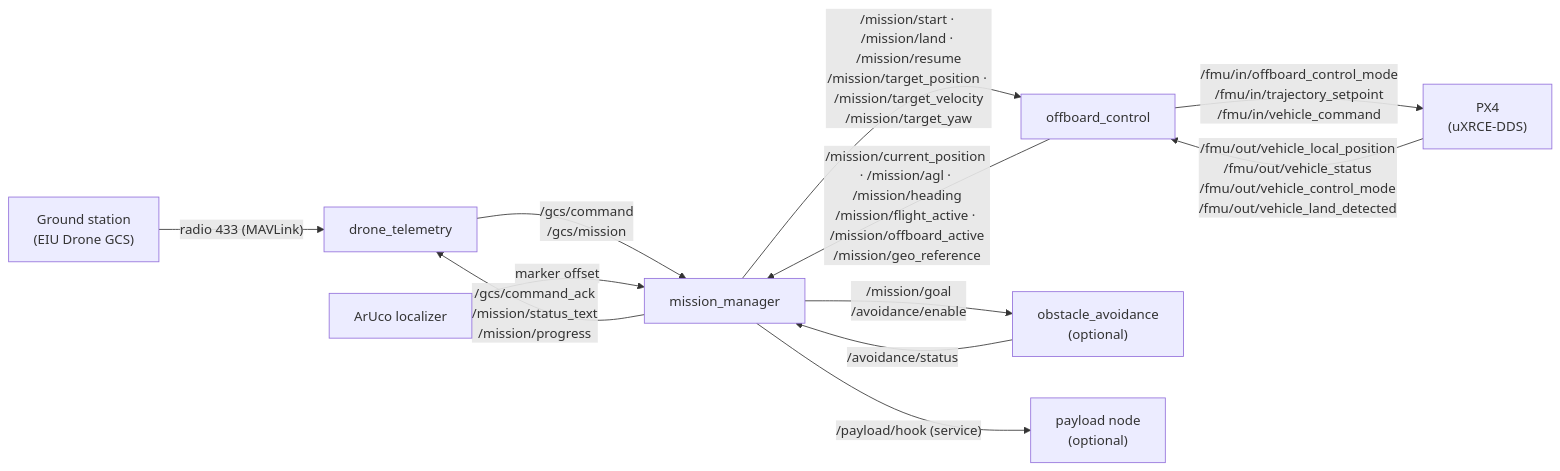
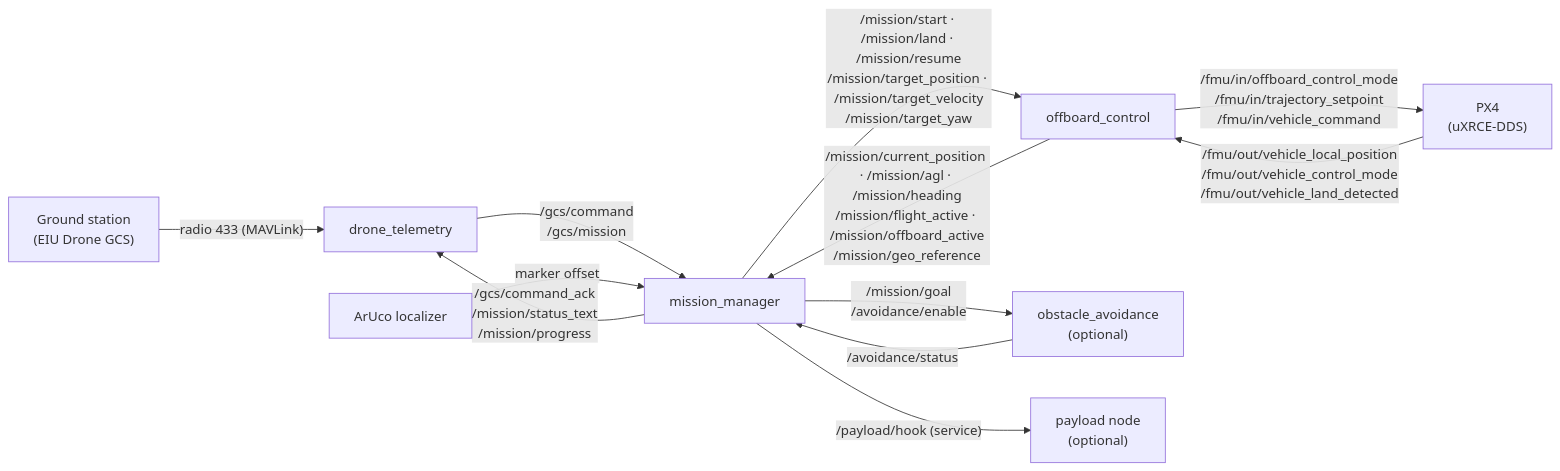
One commit to NhatTran-97/EIU-FABLAB-UAV-AUTONOMY changed the first of 3 diagrams in offboard_control/docs/ARCHITECTURE.md. Above: the diagram before and after it, drawn with Mermaid. The commit also changed other lines of this file and 7 other files, not shown here.

Commit message:
offboard_control: arm state from vehicle_control_mode, fewer setpoints, node tests

````diff
--- a/offboard_control/docs/ARCHITECTURE.md
+++ b/offboard_control/docs/ARCHITECTURE.md
@@ -7,26 +7,26 @@
 ```mermaid
 flowchart LR
     GCS["Ground station<br/>(EIU Drone GCS)"]
     TEL["drone_telemetry"]
     MM["mission_manager"]
     OC["offboard_control"]
     OA["obstacle_avoidance<br/>(optional)"]
     AR["ArUco localizer"]
     PL["payload node<br/>(optional)"]
     PX4["PX4<br/>(uXRCE-DDS)"]
 
     GCS -- "radio 433 (MAVLink)" --> TEL
     TEL -- "/gcs/command<br/>/gcs/mission" --> MM
     MM -- "/gcs/command_ack<br/>/mission/status_text<br/>/mission/progress" --> TEL
 
     MM -- "/mission/start · /mission/land · /mission/resume<br/>/mission/target_position · /mission/target_velocity<br/>/mission/target_yaw" --> OC
     OC -- "/mission/current_position · /mission/agl · /mission/heading<br/>/mission/flight_active · /mission/offboard_active<br/>/mission/geo_reference" --> MM
 
     MM -- "/mission/goal<br/>/avoidance/enable" --> OA
     OA -- "/avoidance/status" --> MM
     AR -- "marker offset" --> MM
     MM -- "/payload/hook (service)" --> PL
 
     OC -- "/fmu/in/offboard_control_mode<br/>/fmu/in/trajectory_setpoint<br/>/fmu/in/vehicle_command" --> PX4
-    PX4 -- "/fmu/out/vehicle_local_position<br/>/fmu/out/vehicle_status<br/>/fmu/out/vehicle_control_mode<br/>/fmu/out/vehicle_land_detected" --> OC
+    PX4 -- "/fmu/out/vehicle_local_position<br/>/fmu/out/vehicle_control_mode<br/>/fmu/out/vehicle_land_detected" --> OC
 ```
````
